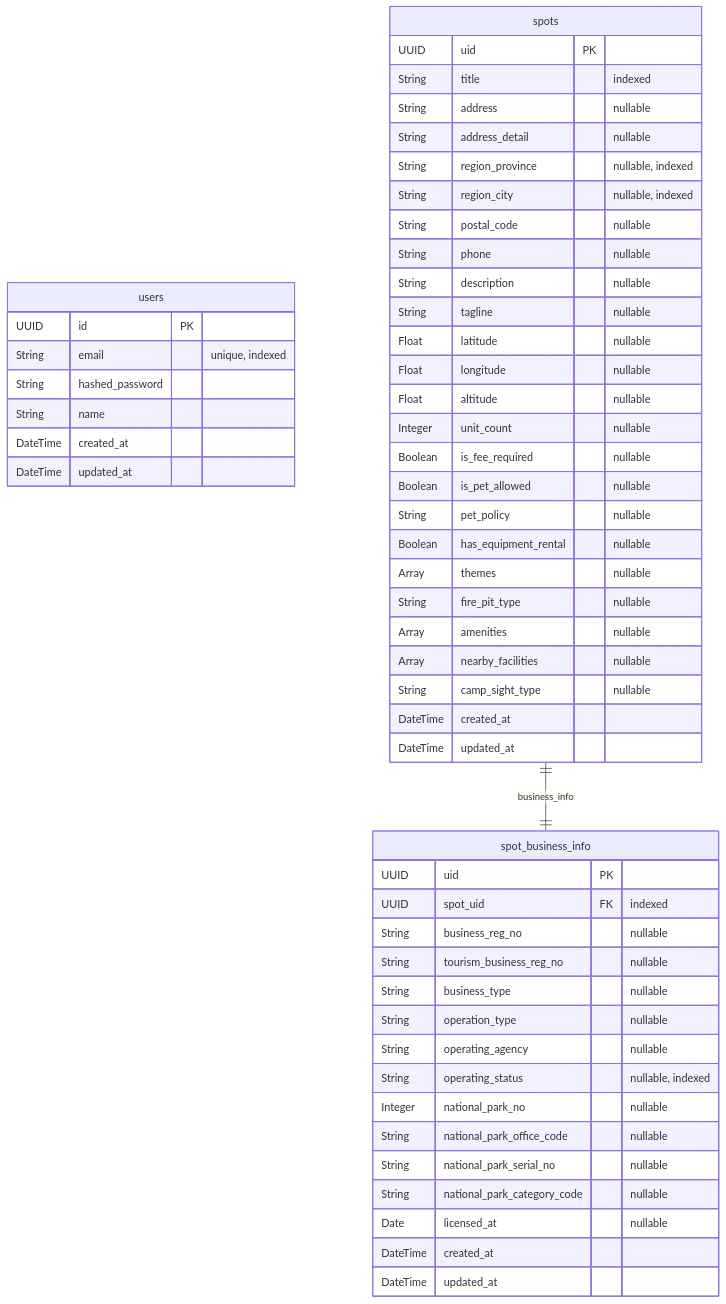
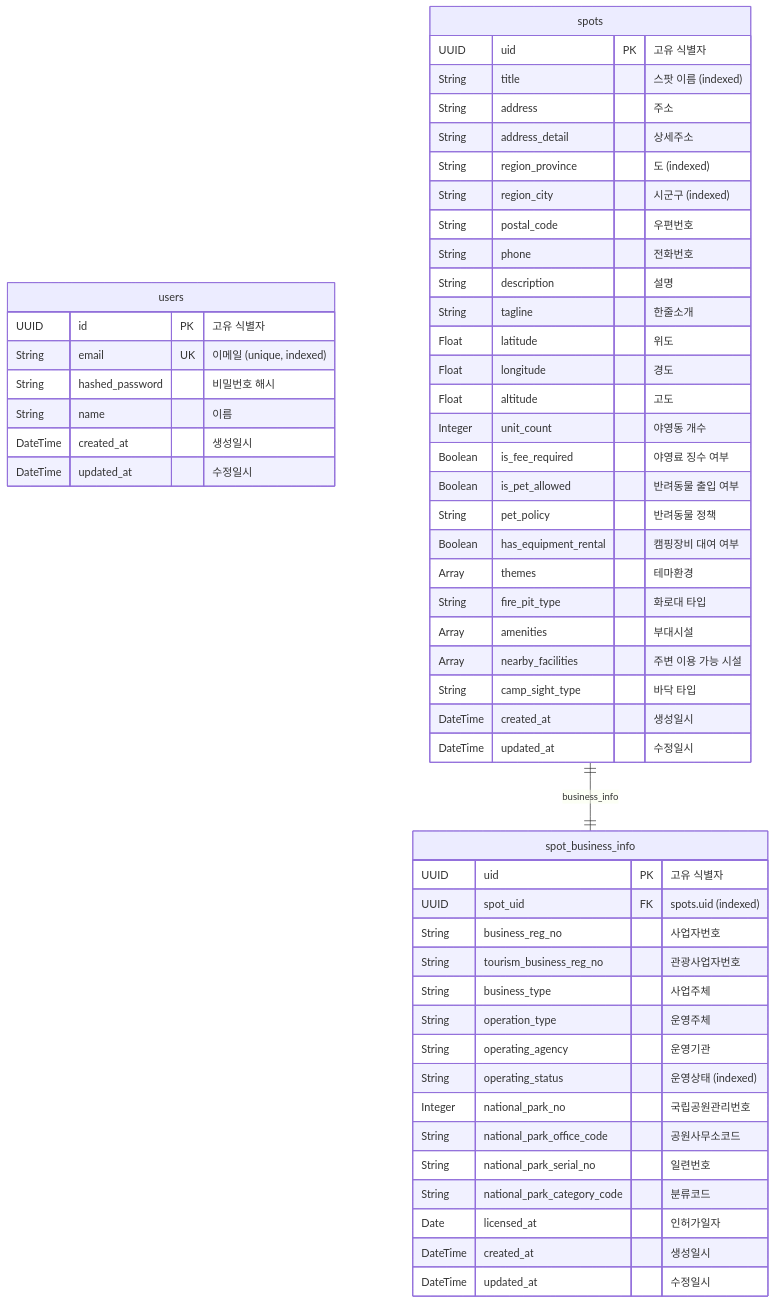
The diagram in docs/erd.md (ask4git/backpackers-api), drawn with Mermaid before and after one commit. The commit also changed other lines of this file, not shown here.

Commit message:
docs: update ERD with Korean descriptions and detailed field tables

````diff
--- a/docs/erd.md
+++ b/docs/erd.md
@@ -5,59 +5,59 @@
 ```mermaid
 erDiagram
     users {
-        UUID    id              PK
-        String  email           "unique, indexed"
-        String  hashed_password
-        String  name
-        DateTime created_at
-        DateTime updated_at
+        UUID     id               PK "고유 식별자"
+        String   email            UK "이메일 (unique, indexed)"
+        String   hashed_password     "비밀번호 해시"
+        String   name                "이름"
+        DateTime created_at          "생성일시"
+        DateTime updated_at          "수정일시"
     }
 
     spots {
-        UUID    uid              PK
-        String  title            "indexed"
-        String  address          "nullable"
-        String  address_detail   "nullable"
-        String  region_province  "nullable, indexed"
-        String  region_city      "nullable, indexed"
-        String  postal_code      "nullable"
-        String  phone            "nullable"
-        String  description      "nullable"
-        String  tagline          "nullable"
-        Float   latitude         "nullable"
-        Float   longitude        "nullable"
-        Float   altitude         "nullable"
-        Integer unit_count       "nullable"
-        Boolean is_fee_required  "nullable"
-        Boolean is_pet_allowed   "nullable"
-        String  pet_policy       "nullable"
-        Boolean has_equipment_rental "nullable"
-        Array   themes           "nullable"
-        String  fire_pit_type    "nullable"
-        Array   amenities        "nullable"
-        Array   nearby_facilities "nullable"
-        String  camp_sight_type  "nullable"
-        DateTime created_at
-        DateTime updated_at
+        UUID     uid              PK "고유 식별자"
+        String   title               "스팟 이름 (indexed)"
+        String   address             "주소"
+        String   address_detail      "상세주소"
+        String   region_province     "도 (indexed)"
+        String   region_city         "시군구 (indexed)"
+        String   postal_code         "우편번호"
+        String   phone               "전화번호"
+        String   description         "설명"
+        String   tagline             "한줄소개"
+        Float    latitude            "위도"
+        Float    longitude           "경도"
+        Float    altitude            "고도"
+        Integer  unit_count          "야영동 개수"
+        Boolean  is_fee_required     "야영료 징수 여부"
+        Boolean  is_pet_allowed      "반려동물 출입 여부"
+        String   pet_policy          "반려동물 정책"
+        Boolean  has_equipment_rental "캠핑장비 대여 여부"
+        Array    themes              "테마환경"
+        String   fire_pit_type       "화로대 타입"
+        Array    amenities           "부대시설"
+        Array    nearby_facilities   "주변 이용 가능 시설"
+        String   camp_sight_type     "바닥 타입"
+        DateTime created_at          "생성일시"
+        DateTime updated_at          "수정일시"
     }
 
     spot_business_info {
-        UUID    uid                       PK
-        UUID    spot_uid                  FK "indexed"
-        String  business_reg_no           "nullable"
-        String  tourism_business_reg_no   "nullable"
-        String  business_type             "nullable"
-        String  operation_type            "nullable"
-        String  operating_agency          "nullable"
-        String  operating_status          "nullable, indexed"
-        Integer national_park_no          "nullable"
-        String  national_park_office_code "nullable"
-        String  national_park_serial_no   "nullable"
-        String  national_park_category_code "nullable"
-        Date    licensed_at               "nullable"
-        DateTime created_at
-        DateTime updated_at
+        UUID     uid                        PK "고유 식별자"
+        UUID     spot_uid                   FK "spots.uid (indexed)"
+        String   business_reg_no               "사업자번호"
+        String   tourism_business_reg_no       "관광사업자번호"
+        String   business_type                 "사업주체"
+        String   operation_type                "운영주체"
+        String   operating_agency              "운영기관"
+        String   operating_status              "운영상태 (indexed)"
+        Integer  national_park_no              "국립공원관리번호"
+        String   national_park_office_code     "공원사무소코드"
+        String   national_park_serial_no       "일련번호"
+        String   national_park_category_code   "분류코드"
+        Date     licensed_at                   "인허가일자"
+        DateTime created_at                    "생성일시"
+        DateTime updated_at                    "수정일시"
     }
 
     spots ||--|| spot_business_info : "business_info"
 ```
````
